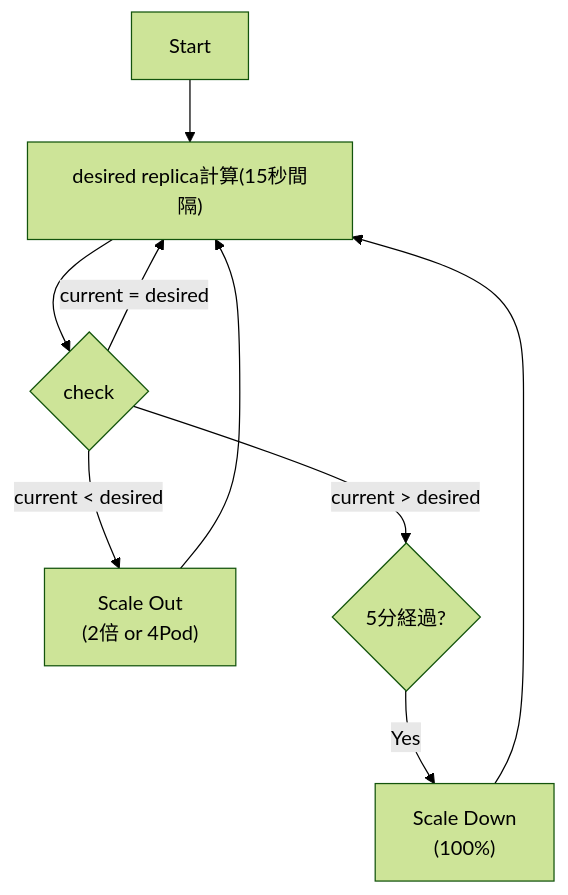
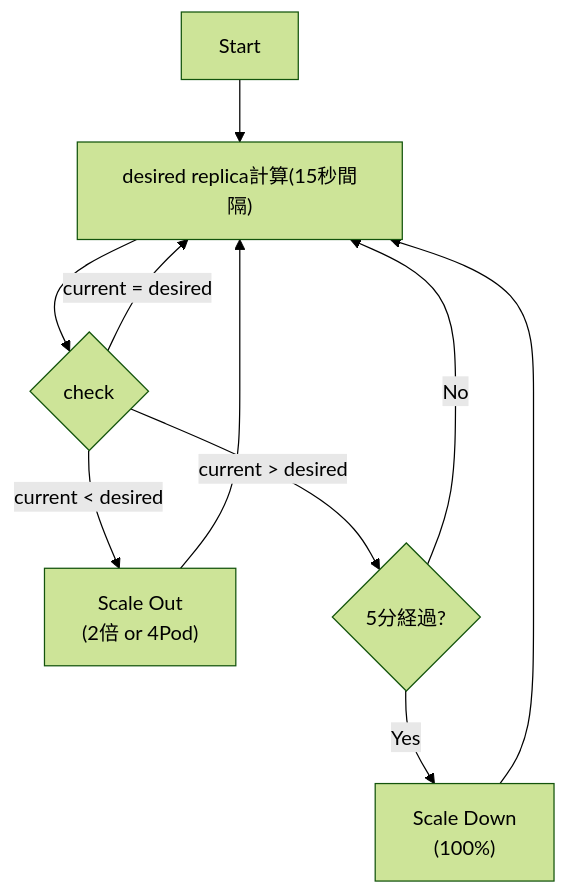
The diagram in src/posts/k8s-tutorial/ops/hpa.md (mamezou-tech/mamezou-tech-site), drawn with Mermaid (forest theme) before and after one commit.

Commit message:
fix flowchart

````diff
--- a/src/posts/k8s-tutorial/ops/hpa.md
+++ b/src/posts/k8s-tutorial/ops/hpa.md
@@ -353,9 +353,10 @@
 ```mermaid
 flowchart TD
     A[Start] --> B["desired replica計算(15秒間隔)"]
     B --> C{check}
     C -->|current < desired| D["Scale Out\n(2倍 or 4Pod)"] --> B
     C -->|current > desired| E{"5分経過?"}
     C -->|current = desired| B
     E -->|Yes| F["Scale Down\n(100%)"] --> B
+    E -->|No| B
 ```
````
